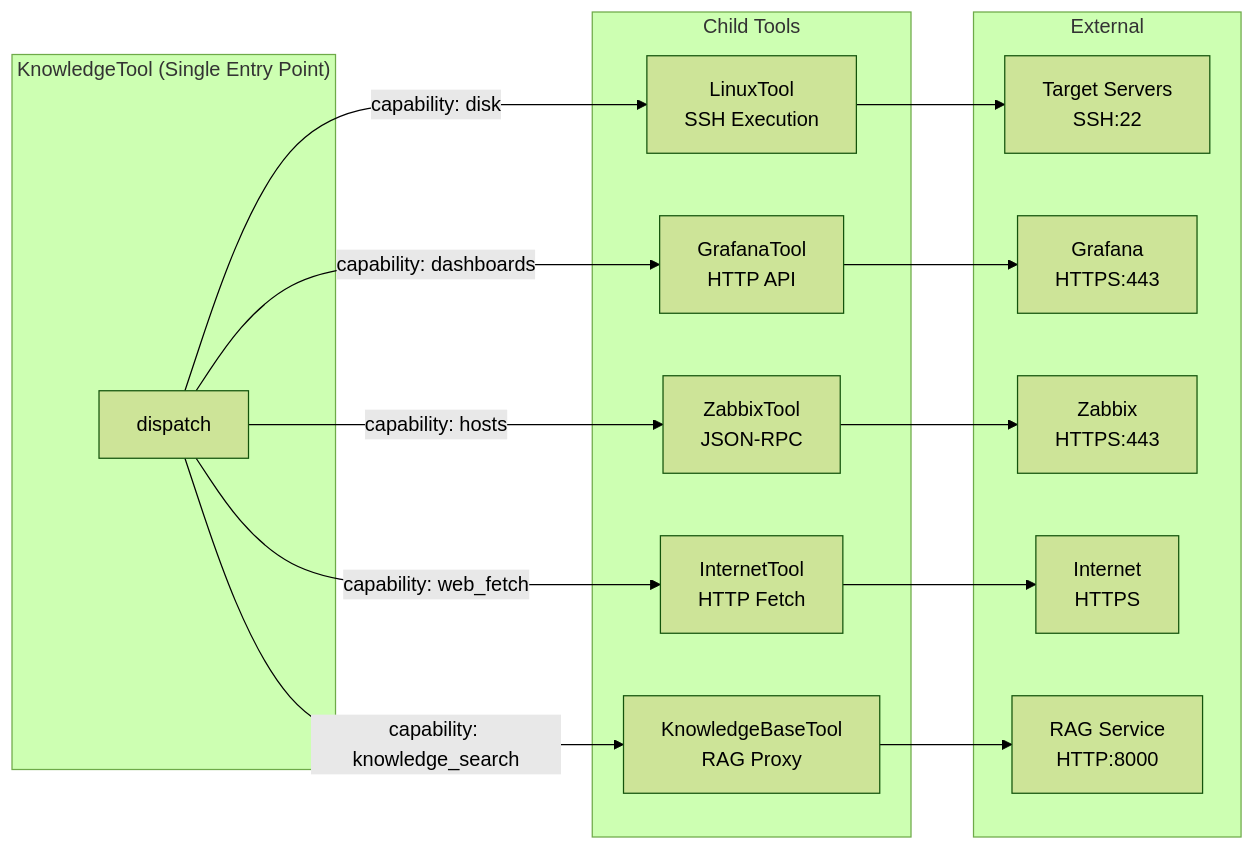
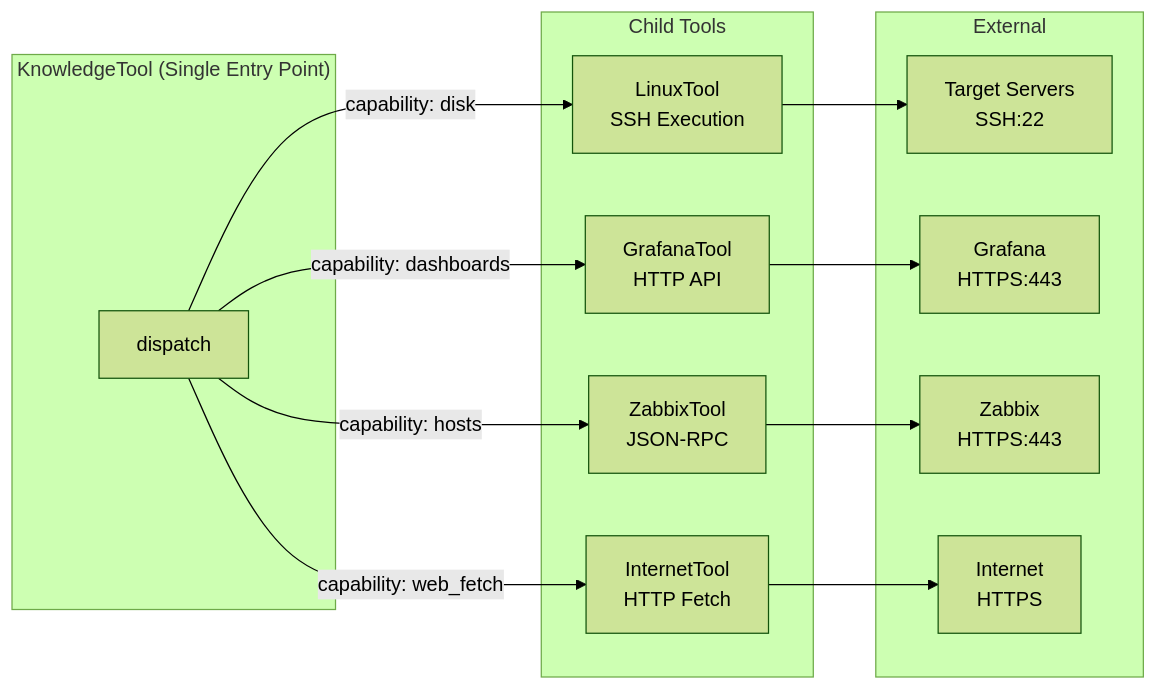
Before and after one commit to phamhuubinh/infrastructure-agent: the third of 5 diagrams in docs/architecture/diagrams.md, drawn with Mermaid (forest theme). The commit also changed other lines of this file and 147 other files, not shown here.

````diff
--- a/docs/architecture/diagrams.md
+++ b/docs/architecture/diagrams.md
@@ -127,34 +128,30 @@
 ```mermaid
 graph LR
     subgraph "KnowledgeTool (Single Entry Point)"
         KT2[dispatch]
     end
 
     subgraph "Child Tools"
         LT2[LinuxTool<br/>SSH Execution]
         GT2[GrafanaTool<br/>HTTP API]
         ZT2[ZabbixTool<br/>JSON-RPC]
         IT2[InternetTool<br/>HTTP Fetch]
-        KBT2[KnowledgeBaseTool<br/>RAG Proxy]
     end
 
     subgraph "External"
         SSH[Target Servers<br/>SSH:22]
         Grafana[Grafana<br/>HTTPS:443]
         Zabbix[Zabbix<br/>HTTPS:443]
         Web[Internet<br/>HTTPS]
-        RAG2[RAG Service<br/>HTTP:8000]
     end
 
     KT2 -->|capability: disk| LT2
     KT2 -->|capability: dashboards| GT2
     KT2 -->|capability: hosts| ZT2
     KT2 -->|capability: web_fetch| IT2
-    KT2 -->|capability: knowledge_search| KBT2
 
     LT2 --> SSH
     GT2 --> Grafana
     ZT2 --> Zabbix
     IT2 --> Web
-    KBT2 --> RAG2
 ```
````
